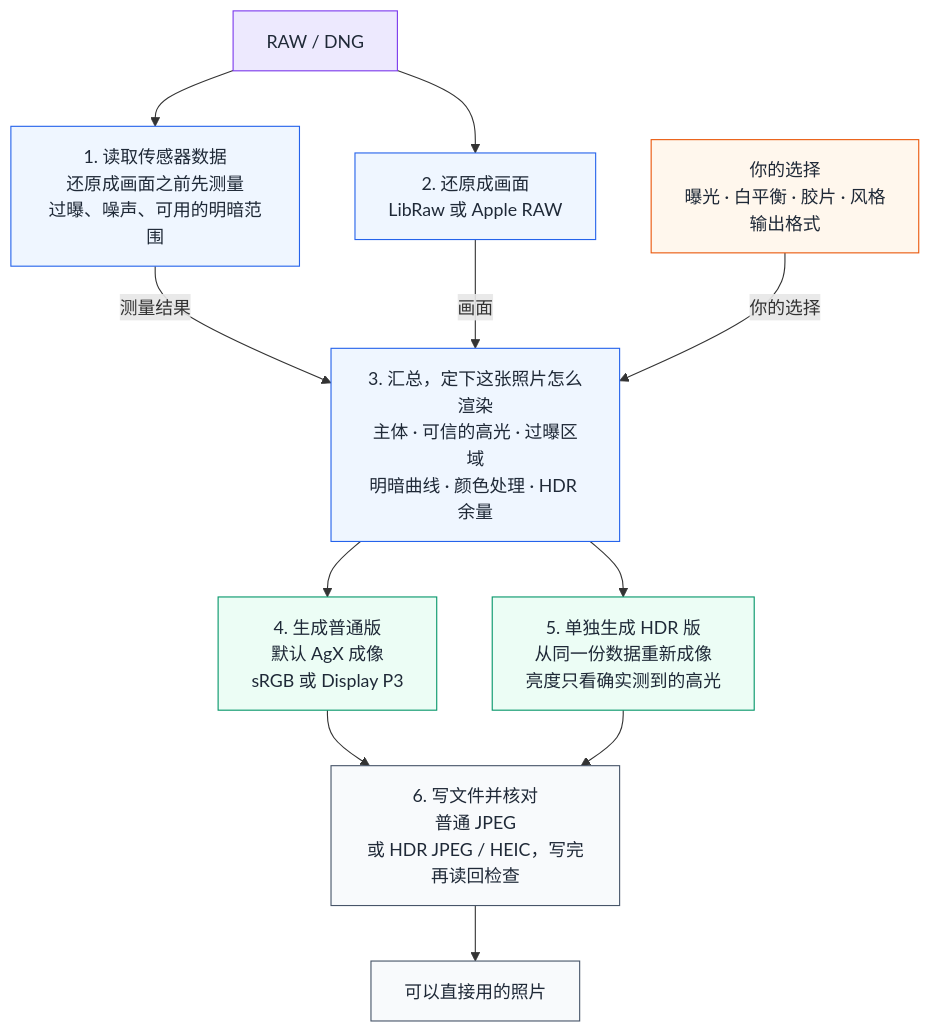
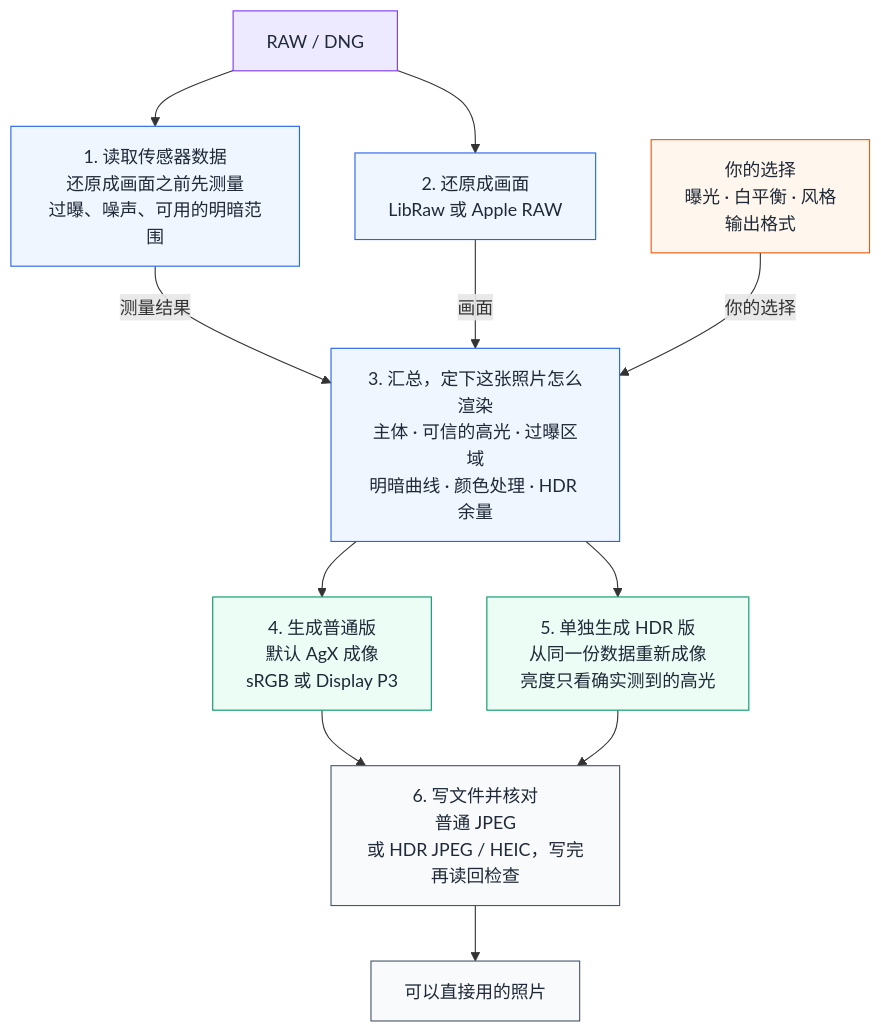
The diagram in README.zh-CN.md (Gen-416/AgXRAW), drawn with Mermaid before and after one commit. The commit also changed other lines of this file and 455 other files, not shown here.

````diff
--- a/README.zh-CN.md
+++ b/README.zh-CN.md
@@ -147,34 +128,34 @@
 ```mermaid
 flowchart TB
     RAW["RAW / DNG"]
     E["1. 读取传感器数据<br/>还原成画面之前先测量<br/>过曝、噪声、可用的明暗范围"]
     D["2. 还原成画面<br/>LibRaw 或 Apple RAW"]
-    I["你的选择<br/>曝光 · 白平衡 · 胶片 · 风格<br/>输出格式"]
+    I["你的选择<br/>曝光 · 白平衡 · 风格<br/>输出格式"]
     P["3. 汇总，定下这张照片怎么渲染<br/>主体 · 可信的高光 · 过曝区域<br/>明暗曲线 · 颜色处理 · HDR 余量"]
     S["4. 生成普通版<br/>默认 AgX 成像<br/>sRGB 或 Display P3"]
     H["5. 单独生成 HDR 版<br/>从同一份数据重新成像<br/>亮度只看确实测到的高光"]
     V["6. 写文件并核对<br/>普通 JPEG<br/>或 HDR JPEG / HEIC，写完再读回检查"]
     OUT["可以直接用的照片"]
 
     RAW --> E
     RAW --> D
     E -- "测量结果" --> P
     D -- "画面" --> P
     I -- "你的选择" --> P
     P --> S
     P --> H
     S --> V
     H --> V
     V --> OUT
 
     classDef source fill:#ede9fe,stroke:#7c3aed,color:#1f2937
     classDef process fill:#eff6ff,stroke:#2563eb,color:#1f2937
     classDef intent fill:#fff7ed,stroke:#ea580c,color:#1f2937
     classDef render fill:#ecfdf5,stroke:#059669,color:#1f2937
     classDef delivery fill:#f8fafc,stroke:#475569,color:#1f2937
     class RAW source
     class E,D,P process
     class I intent
     class S,H render
     class V,OUT delivery
 ```
````
